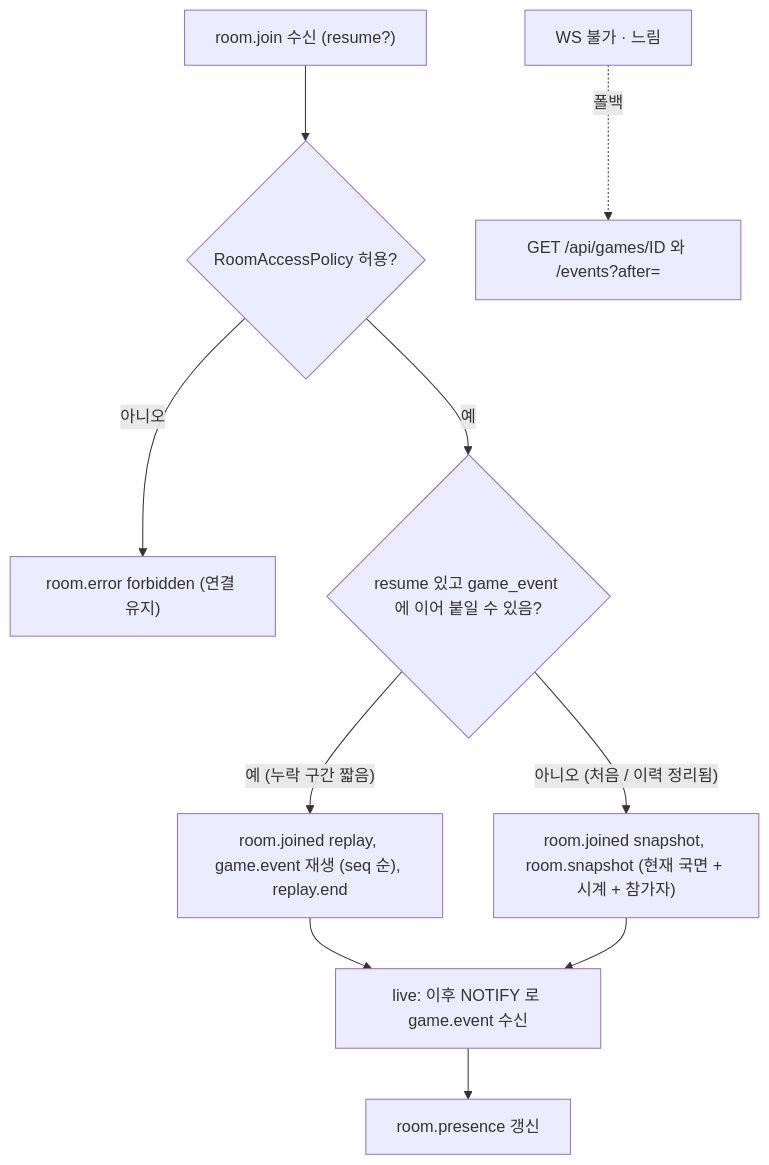
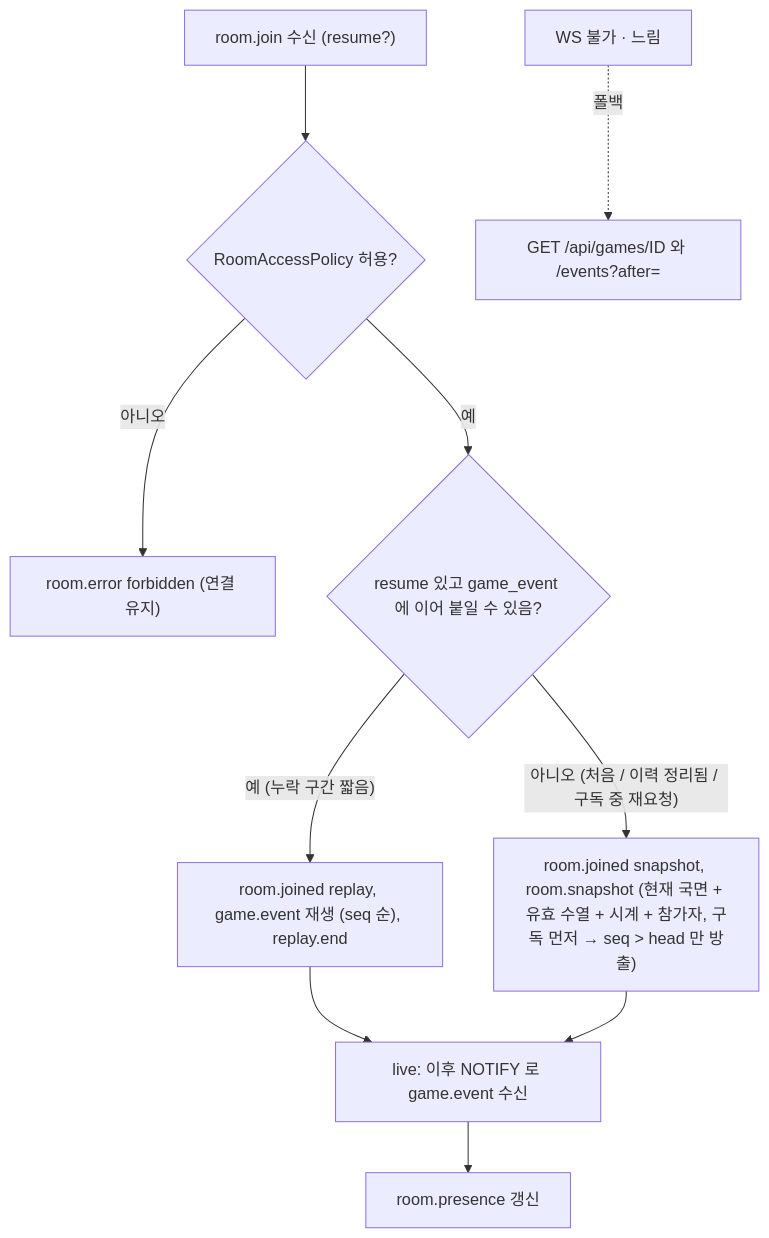
One commit to 1985jwlee/portpolio_backend changed the tenth of 21 diagrams in docs/design/phases/01-baduk.md. Above: the diagram before and after it, drawn with Mermaid. The commit also changed other lines of this file and 33 other files, not shown here.

````diff
--- a/docs/design/phases/01-baduk.md
+++ b/docs/design/phases/01-baduk.md
@@ -630,12 +660,12 @@
 ```mermaid
 flowchart TD
     A["room.join 수신 (resume?)"] --> B{"RoomAccessPolicy 허용?"}
     B -- "아니오" --> X["room.error forbidden (연결 유지)"]
     B -- "예" --> C{"resume 있고 game_event 에 이어 붙일 수 있음?"}
     C -- "예 (누락 구간 짧음)" --> R["room.joined replay, game.event 재생 (seq 순), replay.end"]
-    C -- "아니오 (처음 / 이력 정리됨)" --> S["room.joined snapshot, room.snapshot (현재 국면 + 시계 + 참가자)"]
+    C -- "아니오 (처음 / 이력 정리됨 / 구독 중 재요청)" --> S["room.joined snapshot, room.snapshot (현재 국면 + 유효 수열 + 시계 + 참가자, 구독 먼저 → seq > head 만 방출)"]
     R --> L["live: 이후 NOTIFY 로 game.event 수신"]
     S --> L
     L --> H["room.presence 갱신"]
     N["WS 불가 · 느림"] -.->|"폴백"| REST["GET /api/games/ID 와 /events?after="]
 ```
````
